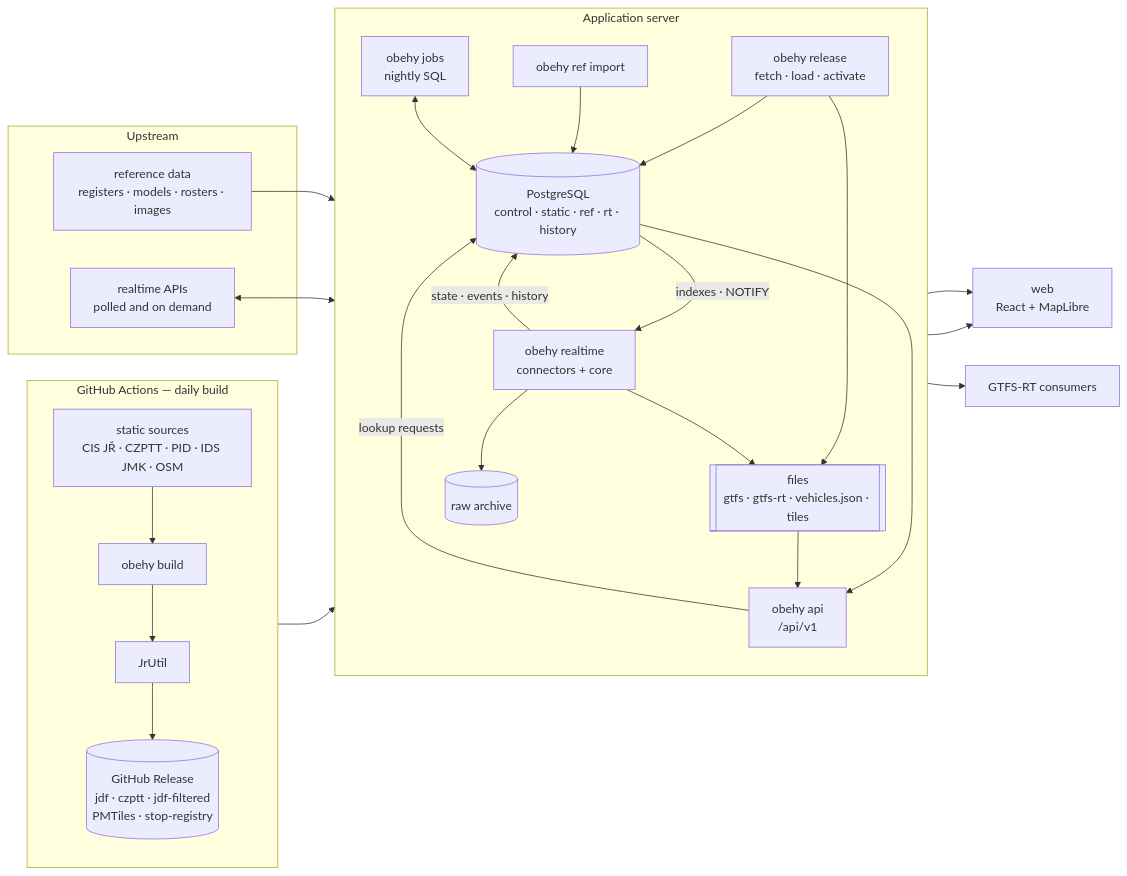
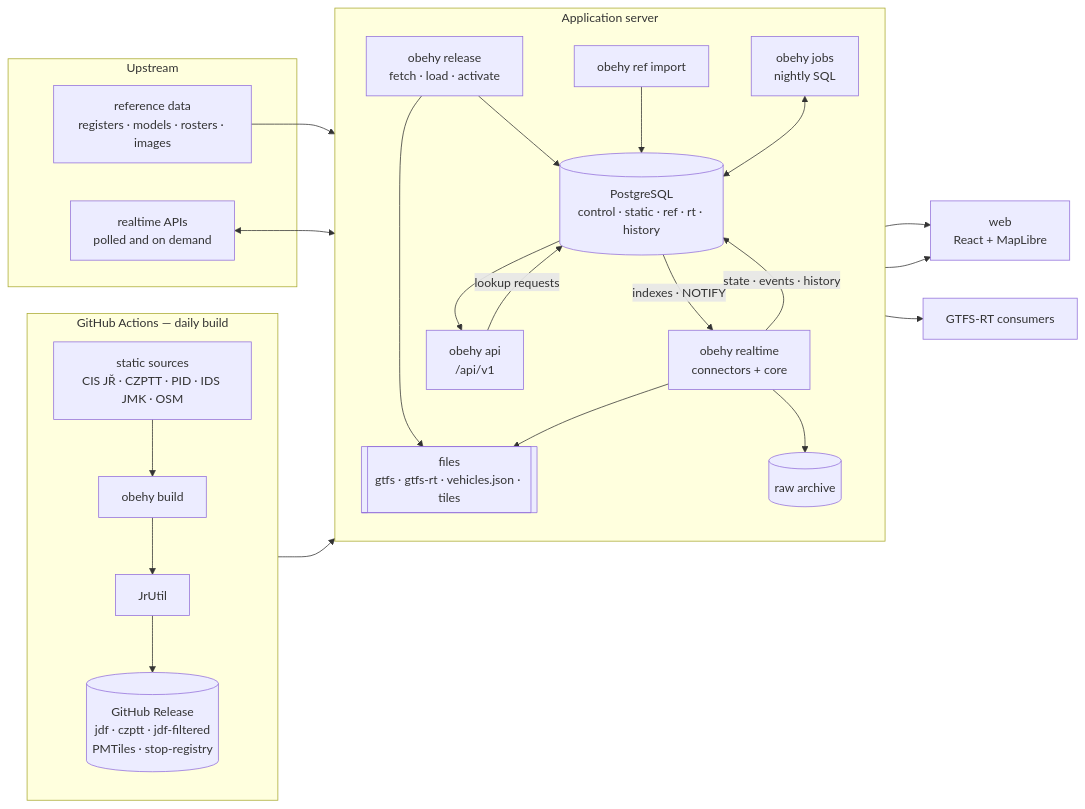
The first of 5 diagrams in ARCHITECTURE.md (Sap1k/obehy), drawn with Mermaid before and after one commit. The commit also changed other lines of this file and 52 other files, not shown here.

````diff
--- a/ARCHITECTURE.md
+++ b/ARCHITECTURE.md
@@ -9,42 +9,41 @@
 ```mermaid
 flowchart LR
   subgraph GHA["GitHub Actions — daily build"]
     direction TB
     srcS["static sources<br/>CIS JŘ · CZPTT · PID · IDS JMK · OSM"] --> build["obehy build"]
     build --> jrutil["JrUtil"]
     jrutil --> relpub[("GitHub Release<br/>jdf · czptt · jdf-filtered<br/>PMTiles · stop-registry")]
   end
   subgraph UP["Upstream"]
     rtapi["realtime APIs<br/>polled and on demand"]
     refsrc["reference data<br/>registers · models · rosters · images"]
   end
   subgraph SRV["Application server"]
     direction TB
     rel["obehy release<br/>fetch · load · activate"]
     refimp["obehy ref import"]
     worker["obehy realtime<br/>connectors + core"]
     jobs["obehy jobs<br/>nightly SQL"]
     api["obehy api<br/>/api/v1"]
     files[["files<br/>gtfs · gtfs-rt · vehicles.json · tiles"]]
     raw[("raw archive")]
     pg[("PostgreSQL<br/>control · static · ref · rt · history")]
   end
   web["web<br/>React + MapLibre"]
   ext["GTFS-RT consumers"]
 
   relpub --> rel --> pg
   rel --> files
   refsrc --> refimp --> pg
   rtapi <--> worker
   worker --> raw
   pg -->|indexes · NOTIFY| worker
   worker -->|state · events · history| pg
   worker --> files
   api -->|lookup requests| pg
   jobs <--> pg
   pg --> api
-  files --> api
   api --> web
   files --> web
   files --> ext
 ```
````
